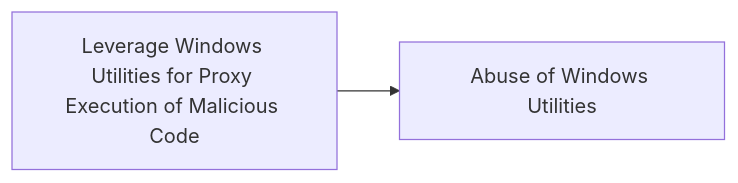
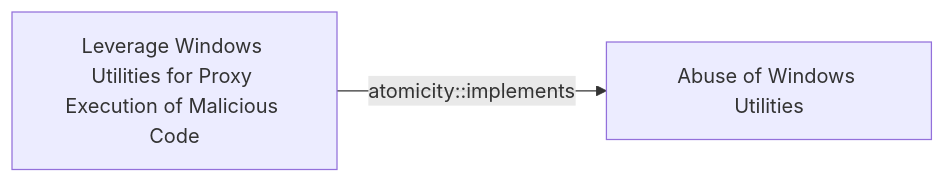
Before and after one commit to opentidehq/library: the diagram in docs/threats/leverage-windows-utilities-for-proxy-execution-of-malicious-code.md, drawn with Mermaid. The commit also changed other lines of this file and 277 other files, not shown here.

````diff
--- a/docs/threats/leverage-windows-utilities-for-proxy-execution-of-malicious-code.md
+++ b/docs/threats/leverage-windows-utilities-for-proxy-execution-of-malicious-code.md
@@ -98,6 +139,6 @@
 ```mermaid
 flowchart LR
 426a0ab5_66e7_4149_82b0_6357a1cf4b4b["Leverage Windows Utilities for Proxy Execution of Malicious Code"]
 d5039f2c_9fcc_4ba3_ad6a_da8c891ba745["Abuse of Windows Utilities"]
-426a0ab5_66e7_4149_82b0_6357a1cf4b4b --> d5039f2c_9fcc_4ba3_ad6a_da8c891ba745
+426a0ab5_66e7_4149_82b0_6357a1cf4b4b -->|atomicity::implements| d5039f2c_9fcc_4ba3_ad6a_da8c891ba745
 ```
````
